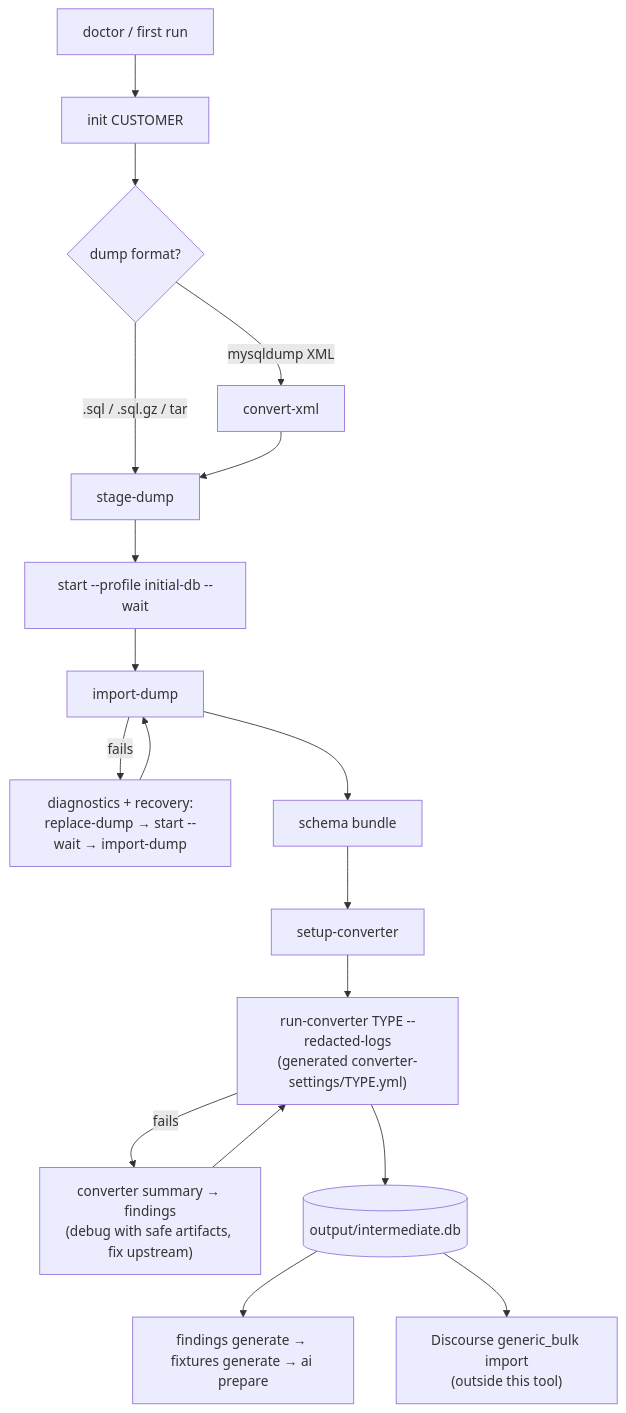
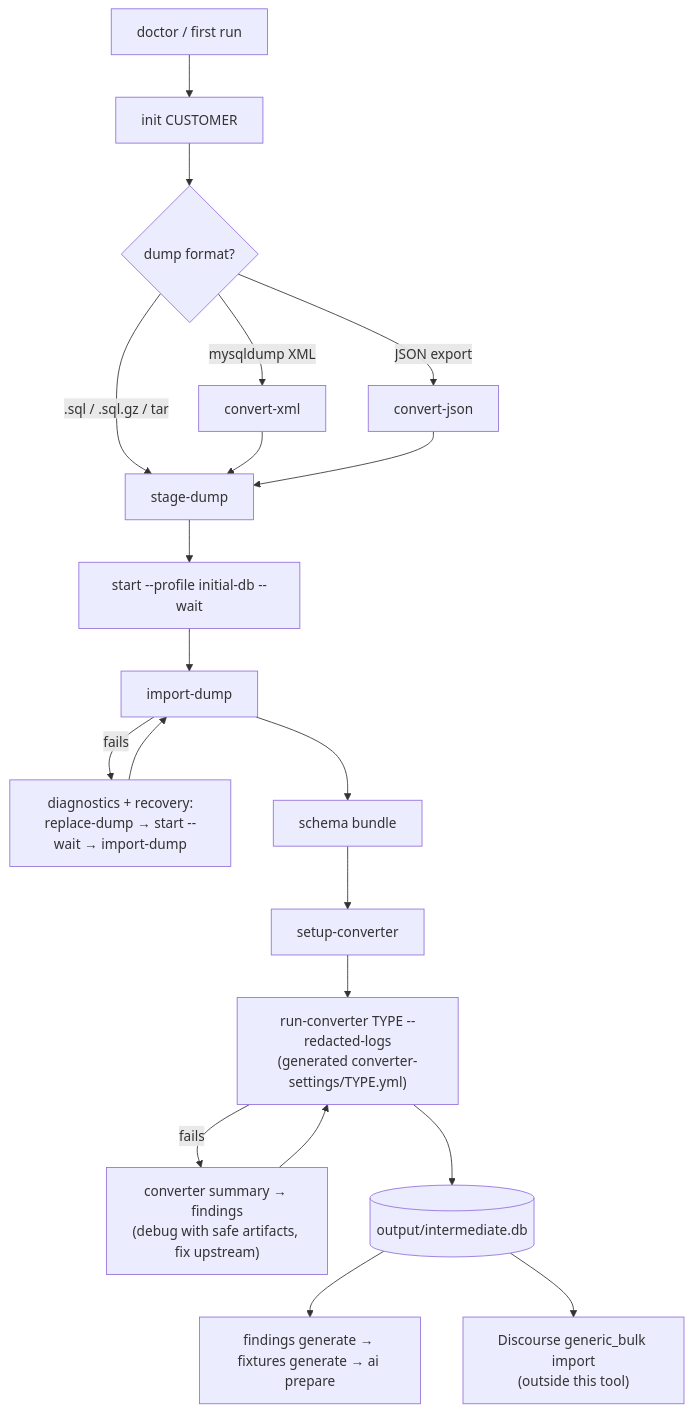
The second of 3 diagrams in docs/migration-engineer-guide.md (RubenOussoren/silo-migrate), drawn with Mermaid before and after one commit. The commit also changed other lines of this file and 20 other files, not shown here.

Commit message:
Add JSON export to SQL conversion

````diff
--- a/docs/migration-engineer-guide.md
+++ b/docs/migration-engineer-guide.md
@@ -180,17 +185,18 @@
 ```mermaid
 flowchart TD
     A[doctor / first run] --> B[init CUSTOMER]
     B --> C{dump format?}
     C -- ".sql / .sql.gz / tar" --> D[stage-dump]
     C -- "mysqldump XML" --> E[convert-xml] --> D
+    C -- "JSON export" --> E2[convert-json] --> D
     D --> F["start --profile initial-db --wait"]
     F --> G[import-dump]
     G -- "fails" --> R["diagnostics + recovery:<br/>replace-dump → start --wait → import-dump"] --> G
     G --> H[schema bundle]
     H --> I[setup-converter]
     I --> J["run-converter TYPE --redacted-logs<br/>(generated converter-settings/TYPE.yml)"]
     J -- "fails" --> J2["converter summary → findings<br/>(debug with safe artifacts, fix upstream)"] --> J
     J --> K[("output/intermediate.db")]
     K --> L[findings generate → fixtures generate → ai prepare]
     K --> M["Discourse generic_bulk import<br/>(outside this tool)"]
 ```
````
